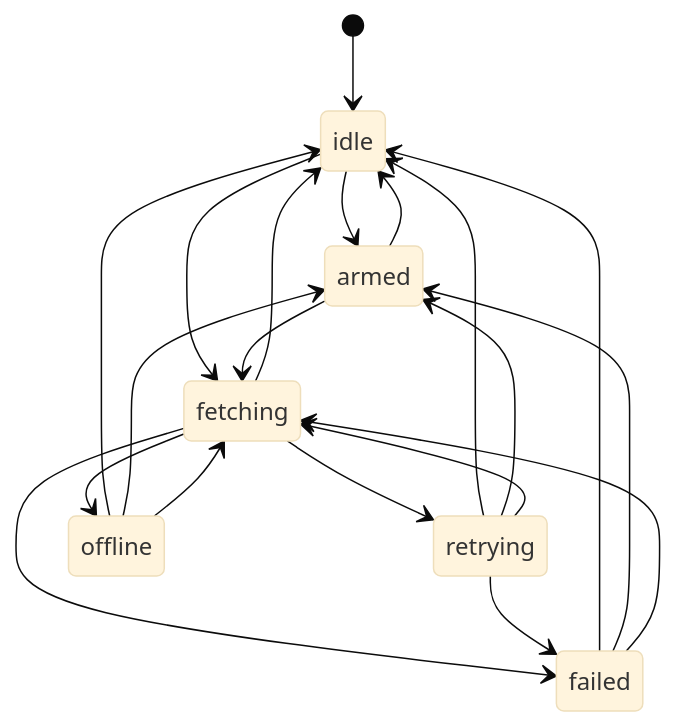
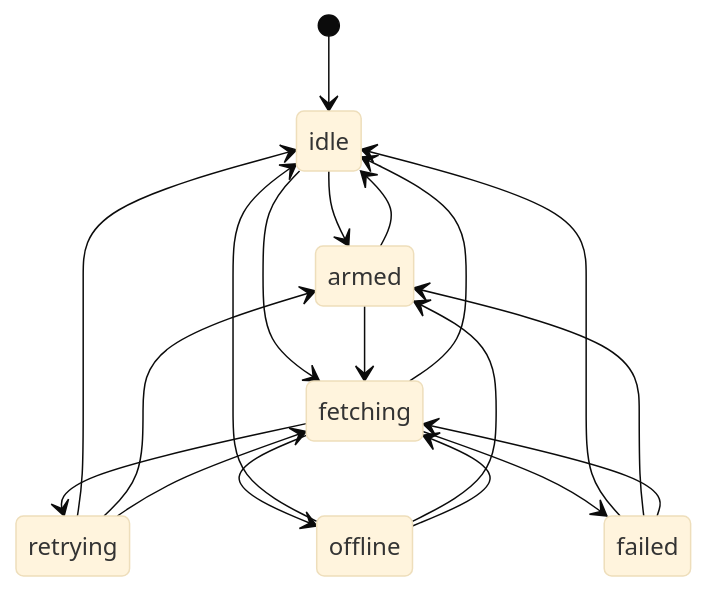
The first of 2 diagrams in internal/notes/flows/holes.md (ogygiajs/ogygia), drawn with Mermaid (base theme) before and after one commit. The commit also changed 1 other file, not shown here.

Commit message:
fix(core): the hole machine no longer declares retrying -> failed, a step no code takes (#1016)

````diff
--- a/internal/notes/flows/holes.md
+++ b/internal/notes/flows/holes.md
@@ -44,22 +44,21 @@
 ```mermaid
 stateDiagram-v2
     [*] --> idle
     idle --> armed
     idle --> fetching
     armed --> idle
     armed --> fetching
     fetching --> idle
     fetching --> retrying
     fetching --> offline
     fetching --> failed
     retrying --> idle
     retrying --> armed
     retrying --> fetching
-    retrying --> failed
     offline --> idle
     offline --> armed
     offline --> fetching
     failed --> idle
     failed --> armed
     failed --> fetching
 ```
````
